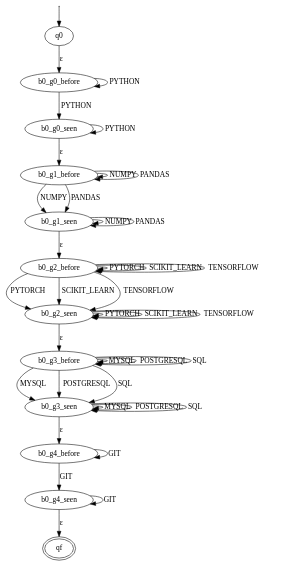
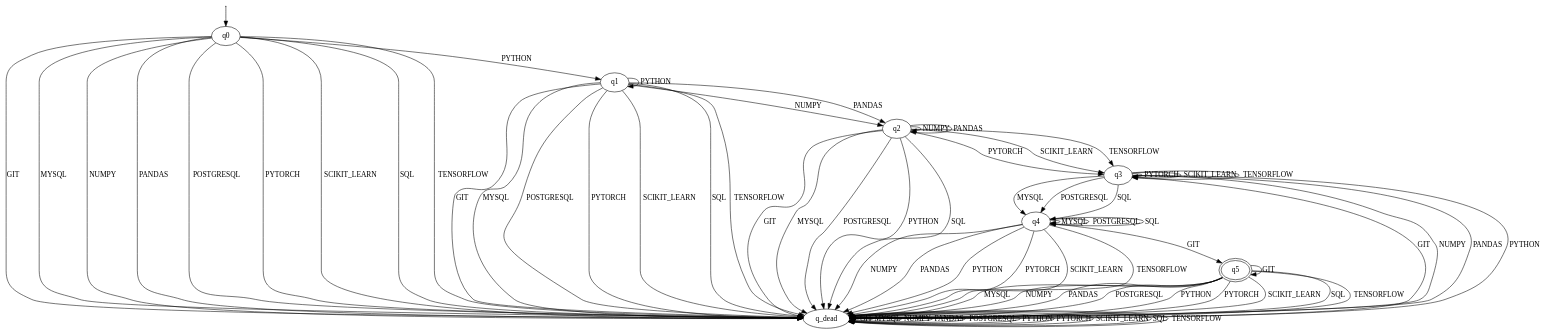
The diagram in docs/automata/MACHINE_LEARNING_ENGINEER.dot (ValentinaM31/IntegrativeTask1_ResumeLens), drawn with Graphviz before and after one commit. The commit also changed 62 other files, not shown here.

```diff
--- a/docs/automata/MACHINE_LEARNING_ENGINEER.dot
+++ b/docs/automata/MACHINE_LEARNING_ENGINEER.dot
@@ -1,52 +1,81 @@
 digraph {
-b0_g2_before [is_start=False, is_final=False, peripheries=1, label="b0_g2_before"];
-b0_g3_before [is_start=False, is_final=False, peripheries=1, label="b0_g3_before"];
-b0_g4_seen [is_start=False, is_final=False, peripheries=1, label="b0_g4_seen"];
-b0_g0_seen [is_start=False, is_final=False, peripheries=1, label="b0_g0_seen"];
-b0_g3_seen [is_start=False, is_final=False, peripheries=1, label="b0_g3_seen"];
-b0_g0_before [is_start=False, is_final=False, peripheries=1, label="b0_g0_before"];
-b0_g1_seen [is_start=False, is_final=False, peripheries=1, label="b0_g1_seen"];
-qf [is_start=False, is_final=True, peripheries=2, label=qf];
-b0_g2_seen [is_start=False, is_final=False, peripheries=1, label="b0_g2_seen"];
+q4 [is_start=False, is_final=False, peripheries=1, label=q4];
+q_dead [is_start=False, is_final=False, peripheries=1, label="q_dead"];
+q1 [is_start=False, is_final=False, peripheries=1, label=q1];
+q3 [is_start=False, is_final=False, peripheries=1, label=q3];
+q5 [is_start=False, is_final=True, peripheries=2, label=q5];
 q0 [is_start=True, is_final=False, peripheries=1, label=q0];
 starting_q0 [label="", shape=None, height=0.0, width=0.0];
-b0_g4_before [is_start=False, is_final=False, peripheries=1, label="b0_g4_before"];
-b0_g1_before [is_start=False, is_final=False, peripheries=1, label="b0_g1_before"];
-b0_g2_before -> b0_g2_seen [key=0, label=PYTORCH];
-b0_g2_before -> b0_g2_seen [key=1, label="SCIKIT_LEARN"];
-b0_g2_before -> b0_g2_seen [key=2, label=TENSORFLOW];
-b0_g2_before -> b0_g2_before [key=0, label=PYTORCH];
-b0_g2_before -> b0_g2_before [key=1, label="SCIKIT_LEARN"];
-b0_g2_before -> b0_g2_before [key=2, label=TENSORFLOW];
-b0_g3_before -> b0_g3_before [key=0, label=MYSQL];
-b0_g3_before -> b0_g3_before [key=1, label=POSTGRESQL];
-b0_g3_before -> b0_g3_before [key=2, label=SQL];
-b0_g3_before -> b0_g3_seen [key=0, label=MYSQL];
-b0_g3_before -> b0_g3_seen [key=1, label=POSTGRESQL];
-b0_g3_before -> b0_g3_seen [key=2, label=SQL];
-b0_g4_seen -> b0_g4_seen [key=0, label=GIT];
-b0_g4_seen -> qf [key=0, label=ɛ];
-b0_g0_seen -> b0_g0_seen [key=0, label=PYTHON];
-b0_g0_seen -> b0_g1_before [key=0, label=ɛ];
-b0_g3_seen -> b0_g3_seen [key=0, label=MYSQL];
-b0_g3_seen -> b0_g3_seen [key=1, label=POSTGRESQL];
-b0_g3_seen -> b0_g3_seen [key=2, label=SQL];
-b0_g3_seen -> b0_g4_before [key=0, label=ɛ];
-b0_g0_before -> b0_g0_seen [key=0, label=PYTHON];
-b0_g0_before -> b0_g0_before [key=0, label=PYTHON];
-b0_g1_seen -> b0_g1_seen [key=0, label=NUMPY];
-b0_g1_seen -> b0_g1_seen [key=1, label=PANDAS];
-b0_g1_seen -> b0_g2_before [key=0, label=ɛ];
-b0_g2_seen -> b0_g2_seen [key=0, label=PYTORCH];
-b0_g2_seen -> b0_g2_seen [key=1, label="SCIKIT_LEARN"];
-b0_g2_seen -> b0_g2_seen [key=2, label=TENSORFLOW];
-b0_g2_seen -> b0_g3_before [key=0, label=ɛ];
-q0 -> b0_g0_before [key=0, label=ɛ];
+q2 [is_start=False, is_final=False, peripheries=1, label=q2];
+q4 -> q5 [key=0, label=GIT];
+q4 -> q4 [key=0, label=MYSQL];
+q4 -> q4 [key=1, label=POSTGRESQL];
+q4 -> q4 [key=2, label=SQL];
+q4 -> q_dead [key=0, label=NUMPY];
+q4 -> q_dead [key=1, label=PANDAS];
+q4 -> q_dead [key=2, label=PYTHON];
+q4 -> q_dead [key=3, label=PYTORCH];
+q4 -> q_dead [key=4, label="SCIKIT_LEARN"];
+q4 -> q_dead [key=5, label=TENSORFLOW];
+q_dead -> q_dead [key=0, label=GIT];
+q_dead -> q_dead [key=1, label=MYSQL];
+q_dead -> q_dead [key=2, label=NUMPY];
+q_dead -> q_dead [key=3, label=PANDAS];
+q_dead -> q_dead [key=4, label=POSTGRESQL];
+q_dead -> q_dead [key=5, label=PYTHON];
+q_dead -> q_dead [key=6, label=PYTORCH];
+q_dead -> q_dead [key=7, label="SCIKIT_LEARN"];
+q_dead -> q_dead [key=8, label=SQL];
+q_dead -> q_dead [key=9, label=TENSORFLOW];
+q1 -> q_dead [key=0, label=GIT];
+q1 -> q_dead [key=1, label=MYSQL];
+q1 -> q_dead [key=2, label=POSTGRESQL];
+q1 -> q_dead [key=3, label=PYTORCH];
+q1 -> q_dead [key=4, label="SCIKIT_LEARN"];
+q1 -> q_dead [key=5, label=SQL];
+q1 -> q_dead [key=6, label=TENSORFLOW];
+q1 -> q2 [key=0, label=NUMPY];
+q1 -> q2 [key=1, label=PANDAS];
+q1 -> q1 [key=0, label=PYTHON];
+q3 -> q_dead [key=0, label=GIT];
+q3 -> q_dead [key=1, label=NUMPY];
+q3 -> q_dead [key=2, label=PANDAS];
+q3 -> q_dead [key=3, label=PYTHON];
+q3 -> q4 [key=0, label=MYSQL];
+q3 -> q4 [key=1, label=POSTGRESQL];
+q3 -> q4 [key=2, label=SQL];
+q3 -> q3 [key=0, label=PYTORCH];
+q3 -> q3 [key=1, label="SCIKIT_LEARN"];
+q3 -> q3 [key=2, label=TENSORFLOW];
+q5 -> q5 [key=0, label=GIT];
+q5 -> q_dead [key=0, label=MYSQL];
+q5 -> q_dead [key=1, label=NUMPY];
+q5 -> q_dead [key=2, label=PANDAS];
+q5 -> q_dead [key=3, label=POSTGRESQL];
+q5 -> q_dead [key=4, label=PYTHON];
+q5 -> q_dead [key=5, label=PYTORCH];
+q5 -> q_dead [key=6, label="SCIKIT_LEARN"];
+q5 -> q_dead [key=7, label=SQL];
+q5 -> q_dead [key=8, label=TENSORFLOW];
+q0 -> q_dead [key=0, label=GIT];
+q0 -> q_dead [key=1, label=MYSQL];
+q0 -> q_dead [key=2, label=NUMPY];
+q0 -> q_dead [key=3, label=PANDAS];
+q0 -> q_dead [key=4, label=POSTGRESQL];
+q0 -> q_dead [key=5, label=PYTORCH];
+q0 -> q_dead [key=6, label="SCIKIT_LEARN"];
+q0 -> q_dead [key=7, label=SQL];
+q0 -> q_dead [key=8, label=TENSORFLOW];
+q0 -> q1 [key=0, label=PYTHON];
 starting_q0 -> q0 [key=0];
-b0_g4_before -> b0_g4_seen [key=0, label=GIT];
-b0_g4_before -> b0_g4_before [key=0, label=GIT];
-b0_g1_before -> b0_g1_before [key=0, label=NUMPY];
-b0_g1_before -> b0_g1_before [key=1, label=PANDAS];
-b0_g1_before -> b0_g1_seen [key=0, label=NUMPY];
-b0_g1_before -> b0_g1_seen [key=1, label=PANDAS];
+q2 -> q_dead [key=0, label=GIT];
+q2 -> q_dead [key=1, label=MYSQL];
+q2 -> q_dead [key=2, label=POSTGRESQL];
+q2 -> q_dead [key=3, label=PYTHON];
+q2 -> q_dead [key=4, label=SQL];
+q2 -> q2 [key=0, label=NUMPY];
+q2 -> q2 [key=1, label=PANDAS];
+q2 -> q3 [key=0, label=PYTORCH];
+q2 -> q3 [key=1, label="SCIKIT_LEARN"];
+q2 -> q3 [key=2, label=TENSORFLOW];
 }
```
